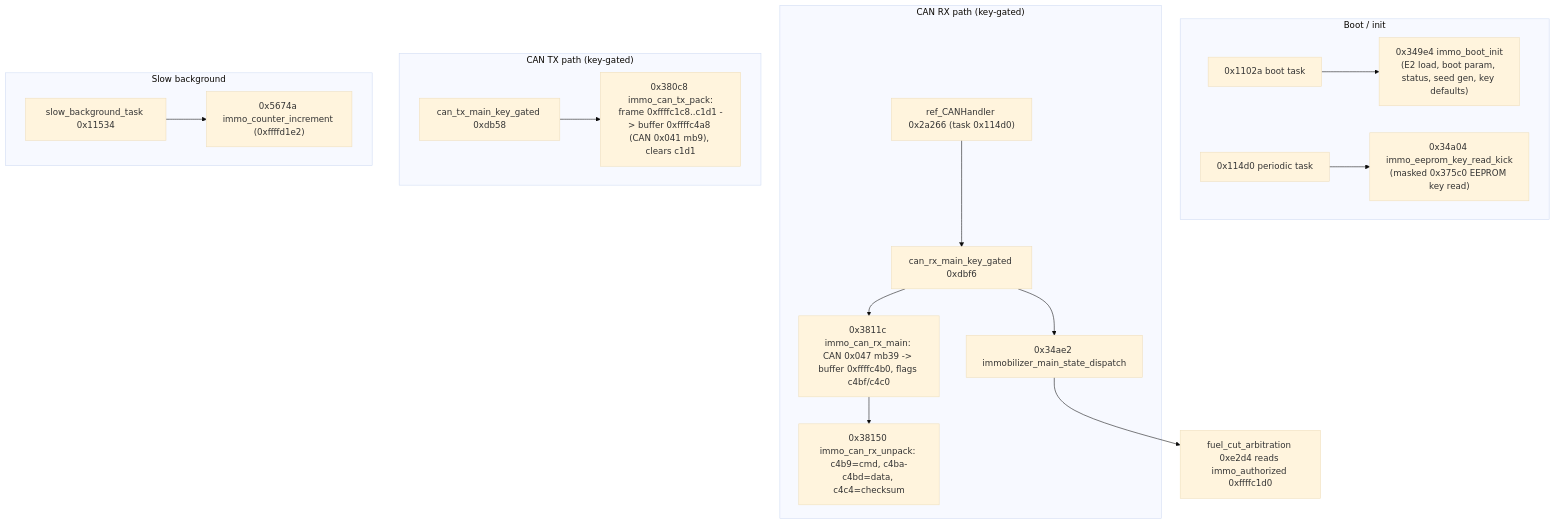
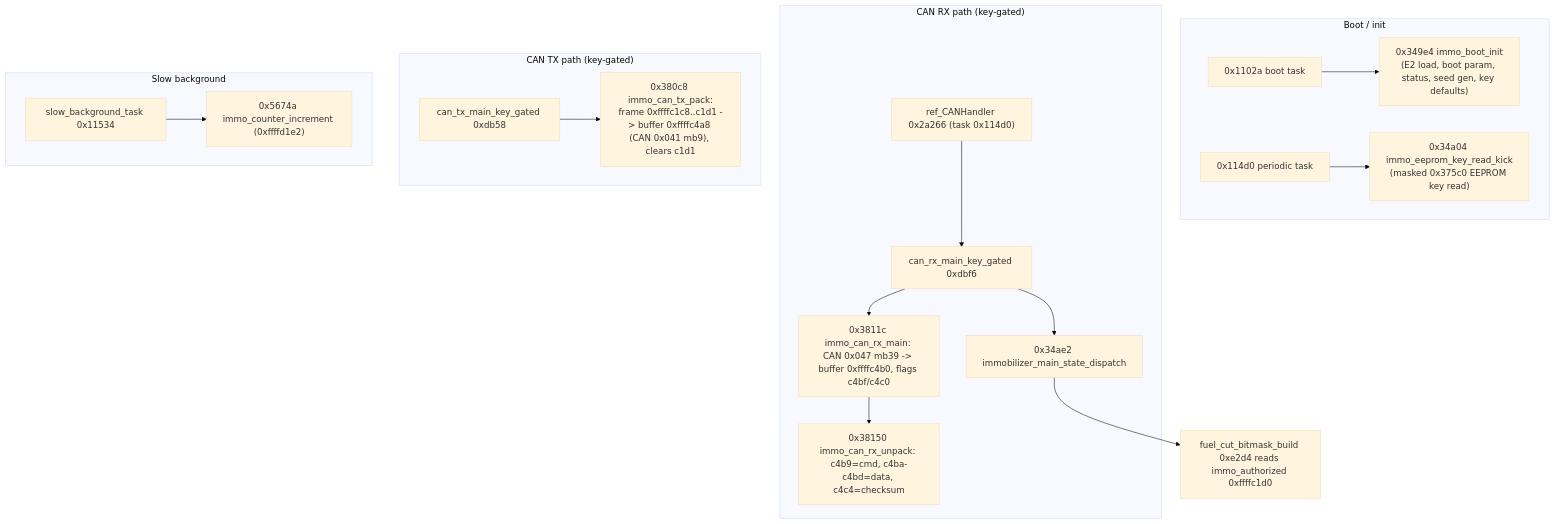
The first of 3 diagrams in docs/subsystem-logic/immobilizer_report.md (sirhamsteralot/HEE-Rx8-Reverse-Engineering), drawn with Mermaid (base theme) before and after one commit. The commit also changed other lines of this file and 14 other files, not shown here.

````diff
--- a/docs/subsystem-logic/immobilizer_report.md
+++ b/docs/subsystem-logic/immobilizer_report.md
@@ -57,20 +57,20 @@
 ```mermaid
 flowchart TB
     subgraph boot["Boot / init"]
         B1["0x1102a boot task"] --> B2["0x349e4 immo_boot_init<br/>(E2 load, boot param, status, seed gen, key defaults)"]
         T2["0x114d0 periodic task"] --> B3["0x34a04 immo_eeprom_key_read_kick<br/>(masked 0x375c0 EEPROM key read)"]
     end
     subgraph canrx["CAN RX path (key-gated)"]
         R1["ref_CANHandler 0x2a266 (task 0x114d0)"] --> R2["can_rx_main_key_gated 0xdbf6"]
         R2 --> R3["0x3811c immo_can_rx_main: CAN 0x047 mb39 -> buffer 0xffffc4b0, flags c4bf/c4c0"]
         R3 --> R4["0x38150 immo_can_rx_unpack: c4b9=cmd, c4ba-c4bd=data, c4c4=checksum"]
         R2 --> M["0x34ae2 immobilizer_main_state_dispatch"]
     end
     subgraph cantx["CAN TX path (key-gated)"]
         X1["can_tx_main_key_gated 0xdb58"] --> X2["0x380c8 immo_can_tx_pack:<br/>frame 0xffffc1c8..c1d1 -> buffer 0xffffc4a8 (CAN 0x041 mb9), clears c1d1"]
     end
     subgraph slow["Slow background"]
         S1["slow_background_task 0x11534"] --> S2["0x5674a immo_counter_increment (0xffffd1e2)"]
     end
-    M --> F["fuel_cut_arbitration 0xe2d4 reads immo_authorized 0xffffc1d0"]
+    M --> F["fuel_cut_bitmask_build 0xe2d4 reads immo_authorized 0xffffc1d0"]
 ```
````
